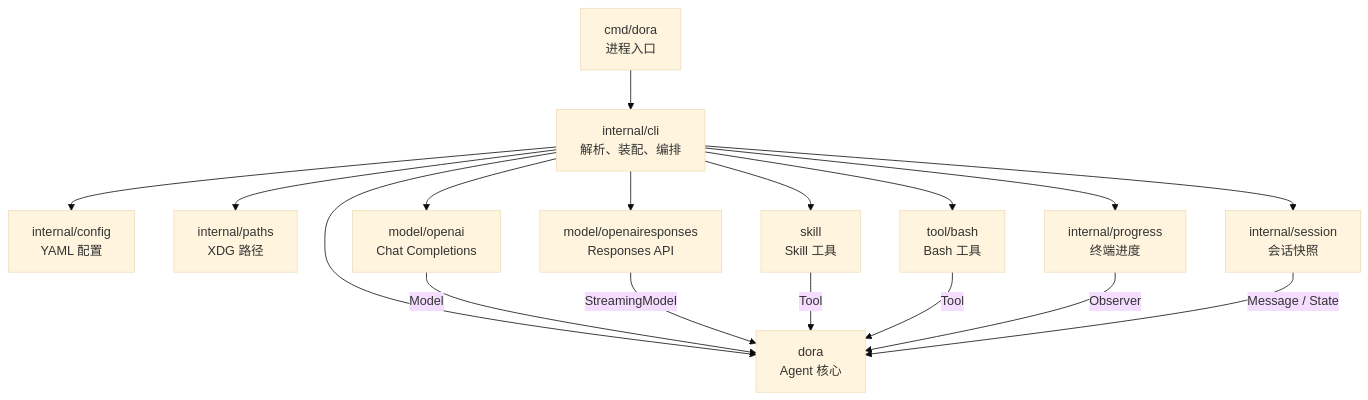
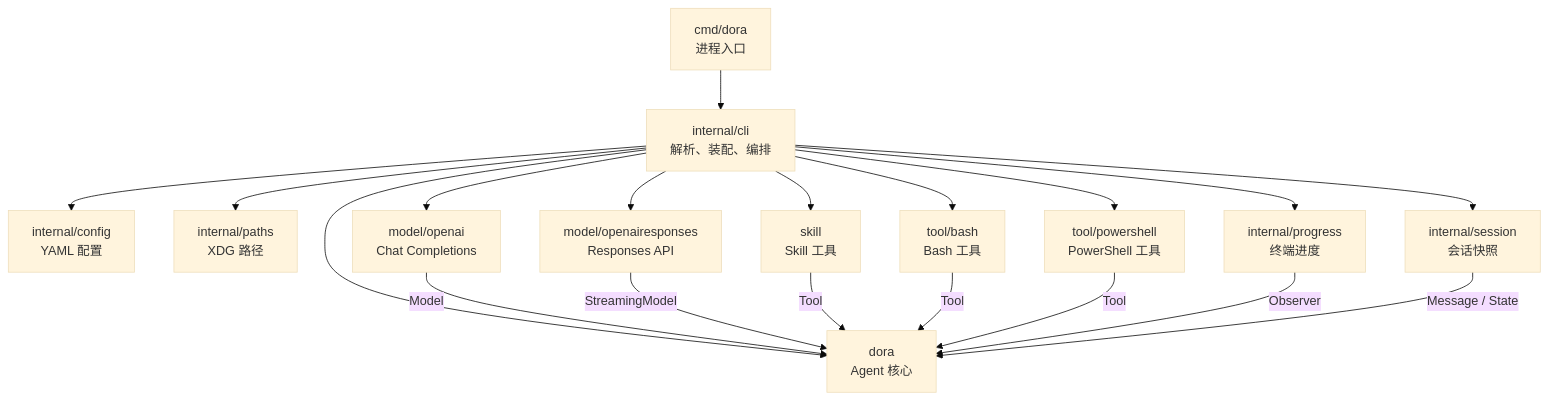
One commit to lgxz/dora changed the first of 2 diagrams in docs/architecture.md. Above: the diagram before and after it, drawn with Mermaid (base theme). The commit also changed other lines of this file and 12 other files, not shown here.

Commit message:
Add PowerShell tool and command timeouts

````diff
--- a/docs/architecture.md
+++ b/docs/architecture.md
@@ -17,21 +17,23 @@
 ```mermaid
 flowchart TD
     Main["cmd/dora<br/>进程入口"] --> CLI["internal/cli<br/>解析、装配、编排"]
 
     CLI --> Config["internal/config<br/>YAML 配置"]
     CLI --> Paths["internal/paths<br/>XDG 路径"]
     CLI --> Session["internal/session<br/>会话快照"]
     CLI --> Progress["internal/progress<br/>终端进度"]
     CLI --> Core["dora<br/>Agent 核心"]
     CLI --> OpenAI["model/openai<br/>Chat Completions"]
     CLI --> Responses["model/openairesponses<br/>Responses API"]
     CLI --> Skill["skill<br/>Skill 工具"]
     CLI --> Bash["tool/bash<br/>Bash 工具"]
+    CLI --> PowerShell["tool/powershell<br/>PowerShell 工具"]
 
     OpenAI -->|"Model"| Core
     Responses -->|"StreamingModel"| Core
     Skill -->|"Tool"| Core
     Bash -->|"Tool"| Core
+    PowerShell -->|"Tool"| Core
     Progress -->|"Observer"| Core
     Session -->|"Message / State"| Core
 ```
````
